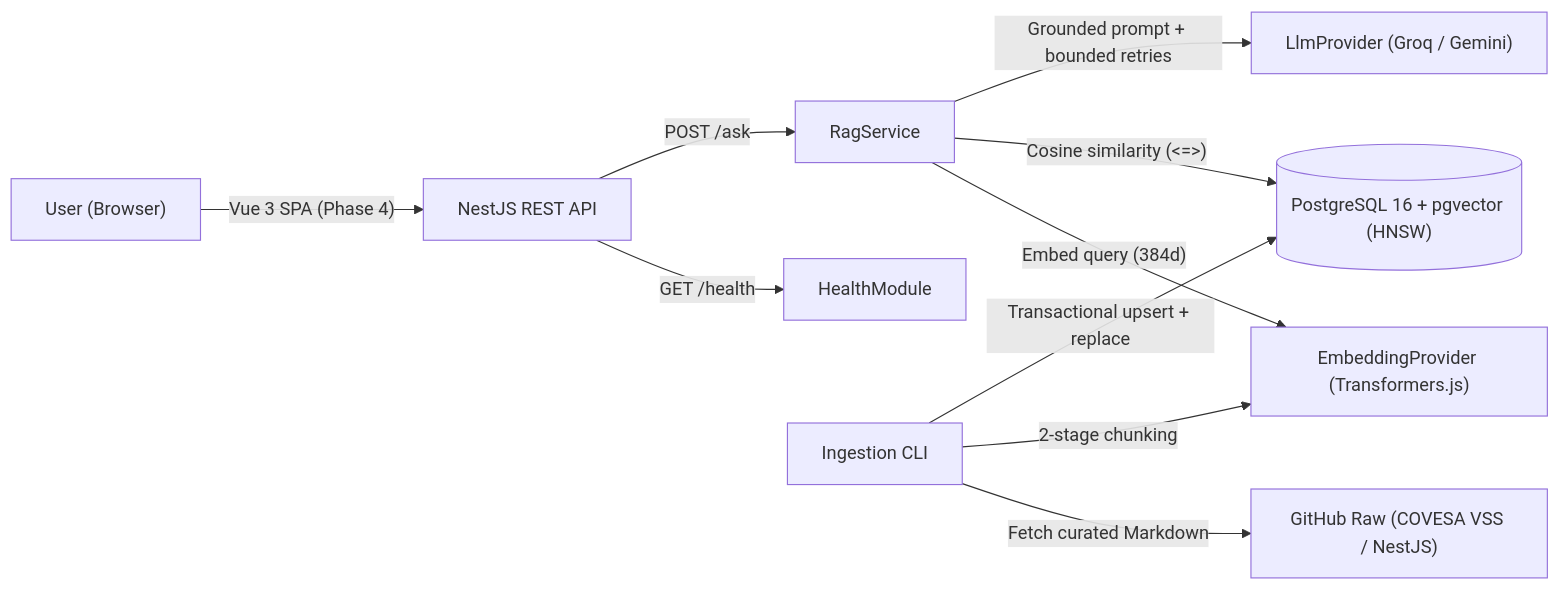
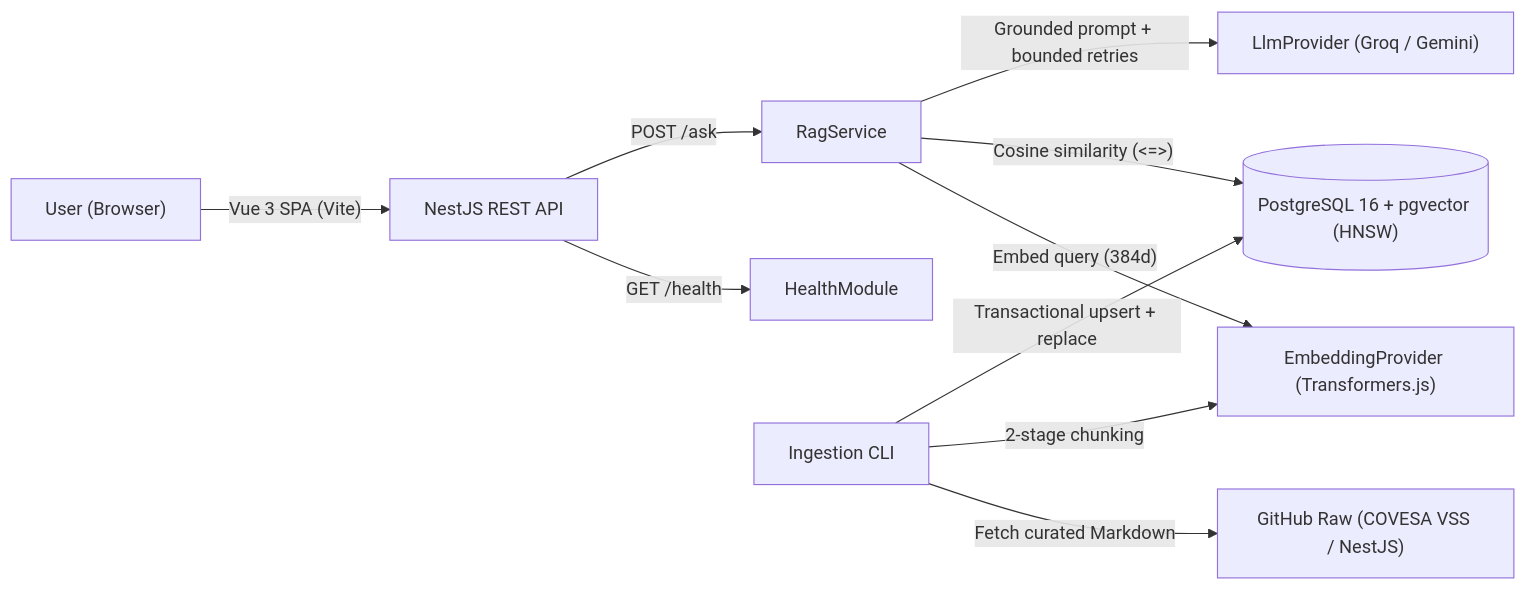
One commit to Hatim-Merchant/engirag-engineering-assistant changed the diagram in docs/architecture.md. Above: the diagram before and after it, drawn with Mermaid. The commit also changed other lines of this file and 23 other files, not shown here.

````diff
--- a/docs/architecture.md
+++ b/docs/architecture.md
@@ -7,12 +7,12 @@
 ```mermaid
 flowchart LR
-  User["User (Browser)"] -->|"Vue 3 SPA (Phase 4)"| API["NestJS REST API"]
+  User["User (Browser)"] -->|"Vue 3 SPA (Vite)"| API["NestJS REST API"]
   API -->|"GET /health"| Health["HealthModule"]
   API -->|"POST /ask"| RAG["RagService"]
   RAG -->|"Embed query (384d)"| Emb["EmbeddingProvider (Transformers.js)"]
   RAG -->|"Cosine similarity (<=>)"| PG[("PostgreSQL 16 + pgvector (HNSW)")]
   RAG -->|"Grounded prompt + bounded retries"| LLM["LlmProvider (Groq / Gemini)"]
   Ingest["Ingestion CLI"] -->|"Fetch curated Markdown"| Docs["GitHub Raw (COVESA VSS / NestJS)"]
   Ingest -->|"2-stage chunking"| Emb
   Ingest -->|"Transactional upsert + replace"| PG
 ```
````
